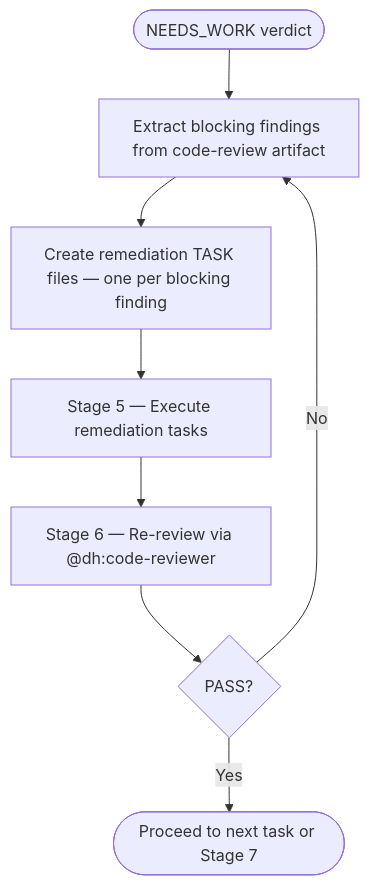
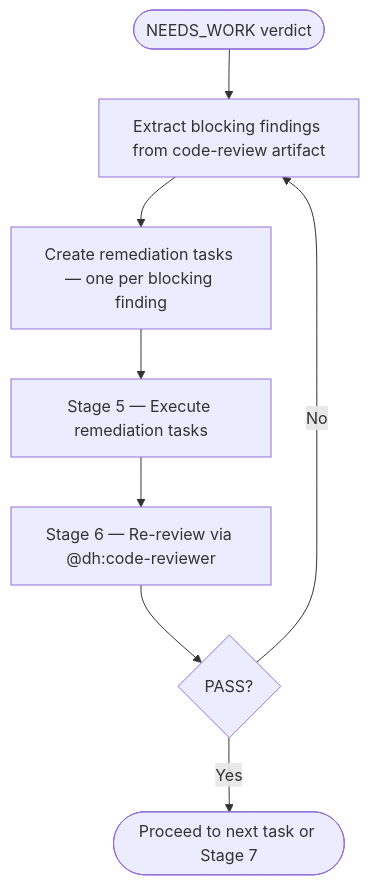
The second of 2 diagrams in plugins/development-harness/skills/forensic-review/SKILL.md (Jamie-BitFlight/claude_skills), drawn with Mermaid before and after one commit. The commit also changed other lines of this file and 58 other files, not shown here.

````diff
--- a/plugins/development-harness/skills/forensic-review/SKILL.md
+++ b/plugins/development-harness/skills/forensic-review/SKILL.md
@@ -161,10 +164,10 @@
 ```mermaid
 flowchart TD
     NW([NEEDS_WORK verdict]) --> Extract[Extract blocking findings from code-review artifact]
-    Extract --> Create[Create remediation TASK files — one per blocking finding]
+    Extract --> Create[Create remediation tasks — one per blocking finding]
     Create --> Stage5[Stage 5 — Execute remediation tasks]
     Stage5 --> Stage6[Stage 6 — Re-review via @dh:code-reviewer]
     Stage6 --> Q{PASS?}
     Q -->|Yes| Done([Proceed to next task or Stage 7])
     Q -->|No| Extract
 ```
````
